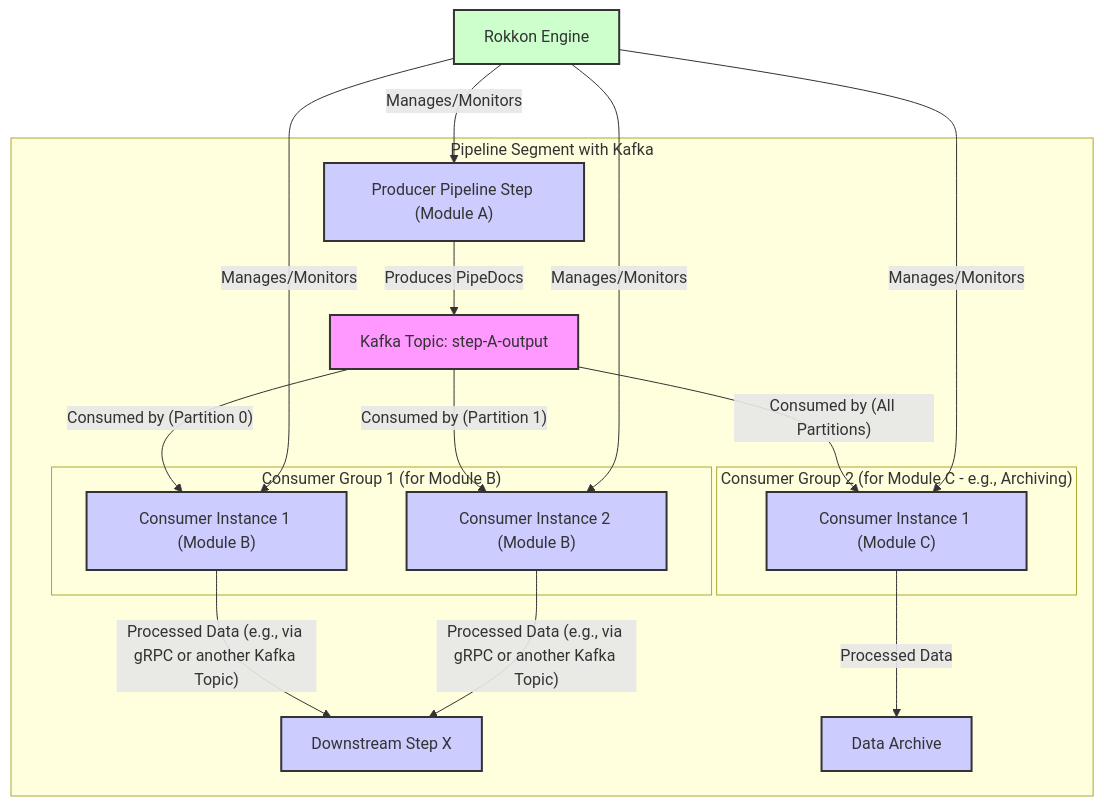
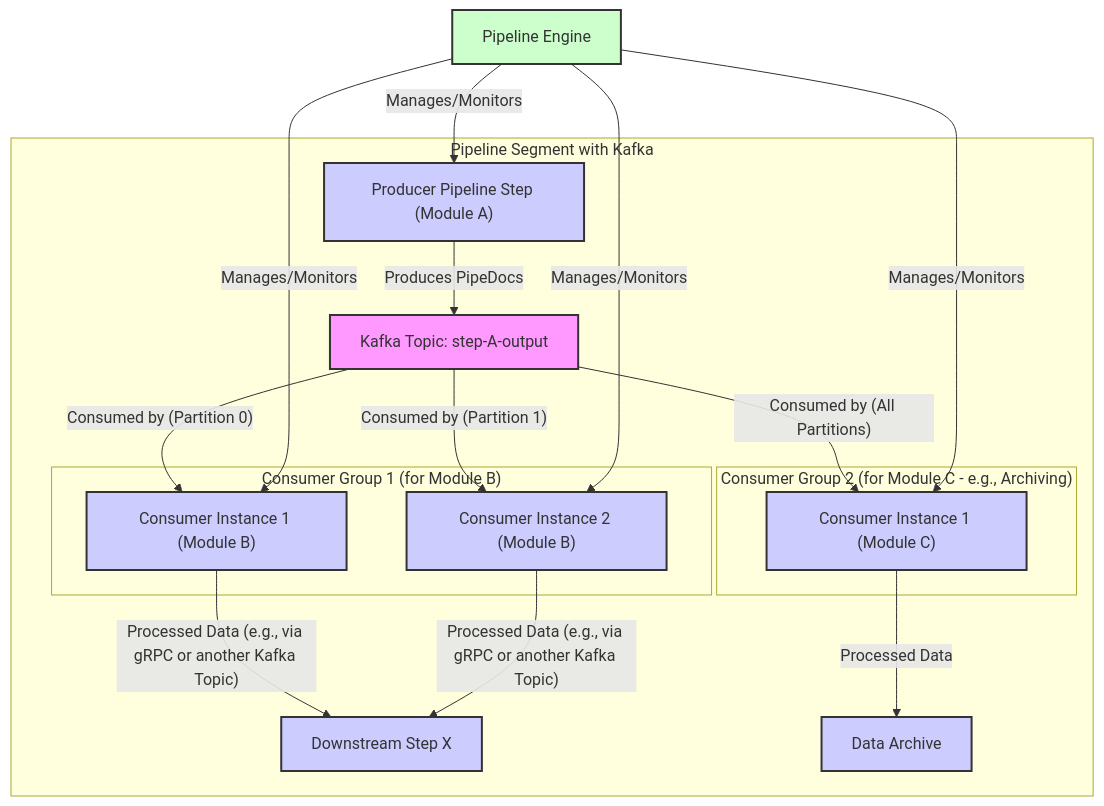
One commit to krickert/rokkon changed the first of 3 diagrams in ARCHITECTURE/Kafka_integration.md. Above: the diagram before and after it, drawn with Mermaid. The commit also changed other lines of this file and 75 other files, not shown here.

````diff
--- a/ARCHITECTURE/Kafka_integration.md
+++ b/ARCHITECTURE/Kafka_integration.md
@@ -15,35 +15,35 @@
 ```mermaid
 graph TD
     subgraph "Pipeline Segment with Kafka"
         ProducerStep["Producer Pipeline Step (Module A)"] -- "Produces PipeDocs" --> KafkaTopic["Kafka Topic: step-A-output"]
 
         subgraph "Consumer Group 1 (for Module B)"
             ConsumerStepB1["Consumer Instance 1 (Module B)"]
             ConsumerStepB2["Consumer Instance 2 (Module B)"]
         end
         KafkaTopic -- "Consumed by (Partition 0)" --> ConsumerStepB1
         KafkaTopic -- "Consumed by (Partition 1)" --> ConsumerStepB2
 
         subgraph "Consumer Group 2 (for Module C - e.g., Archiving)"
             ConsumerStepC1["Consumer Instance 1 (Module C)"]
         end
         KafkaTopic -- "Consumed by (All Partitions)" --> ConsumerStepC1
 
         ConsumerStepB1 -- "Processed Data (e.g., via gRPC or another Kafka Topic)" --> DownstreamStepX["Downstream Step X"]
         ConsumerStepB2 -- "Processed Data (e.g., via gRPC or another Kafka Topic)" --> DownstreamStepX
         ConsumerStepC1 -- "Processed Data" --> Archive["Data Archive"]
     end
 
-    RokkonEngine["Rokkon Engine"] -- "Manages/Monitors" --> ProducerStep
-    RokkonEngine -- "Manages/Monitors" --> ConsumerStepB1
-    RokkonEngine -- "Manages/Monitors" --> ConsumerStepB2
-    RokkonEngine -- "Manages/Monitors" --> ConsumerStepC1
+    PipelineEngine["Pipeline Engine"] -- "Manages/Monitors" --> ProducerStep
+    PipelineEngine -- "Manages/Monitors" --> ConsumerStepB1
+    PipelineEngine -- "Manages/Monitors" --> ConsumerStepB2
+    PipelineEngine -- "Manages/Monitors" --> ConsumerStepC1
 
     classDef kafka fill:#f9f,stroke:#333,stroke-width:2px;
     classDef module fill:#ccf,stroke:#333,stroke-width:2px;
     classDef engine fill:#cfc,stroke:#333,stroke-width:2px;
 
     class KafkaTopic kafka;
     class ProducerStep,ConsumerStepB1,ConsumerStepB2,ConsumerStepC1,DownstreamStepX,Archive module;
-    class RokkonEngine engine;
+    class PipelineEngine engine;
 ```
````
